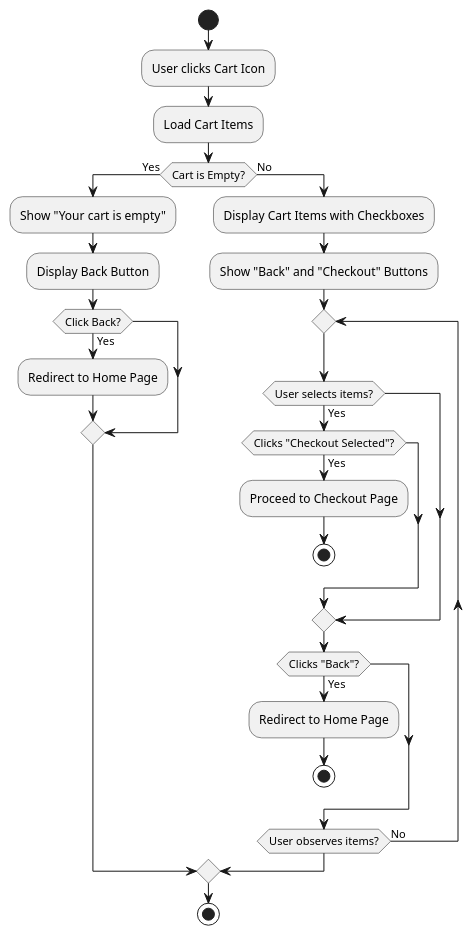
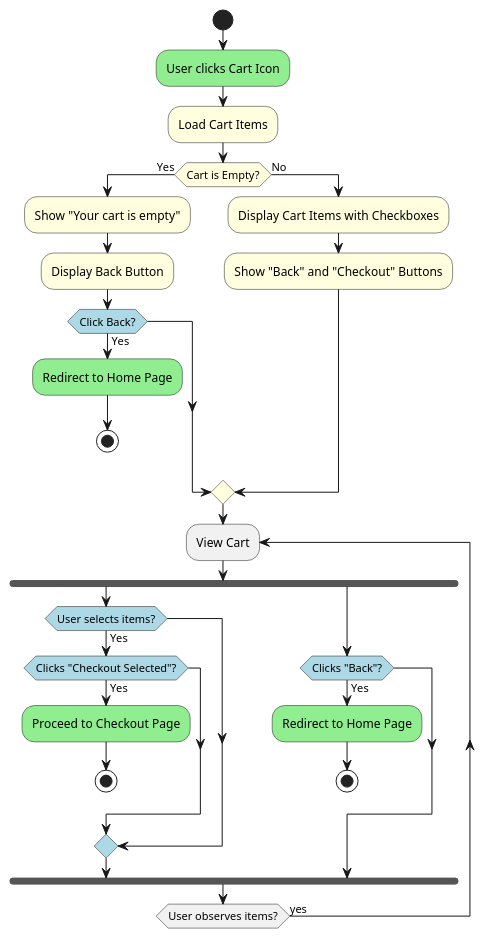
Before and after one commit to MuhannadYazbak/ecommerce: the diagram in src/components/cart/CartDiagram.puml, drawn with PlantUML. The commit also changed 13 other files, not shown here.

Commit message:
Activity PlantUML for all pages

```diff
--- a/src/components/cart/CartDiagram.puml
+++ b/src/components/cart/CartDiagram.puml
@@ -1,32 +1,33 @@
 @startuml CartDiagram
 start
-:User clicks Cart Icon;
-:Load Cart Items;
+#lightgreen:User clicks Cart Icon;
+#lightyellow:Load Cart Items;
 
-if (Cart is Empty?) then (Yes)
-    :Show "Your cart is empty";
-    :Display Back Button;
-    if (Click Back?) then (Yes)
-        :Redirect to Home Page;
+#lightyellow:if (Cart is Empty?) then (Yes)
+    #lightyellow:Show "Your cart is empty";
+    #lightyellow:Display Back Button;
+    #lightblue:if (Click Back?) then (Yes)
+        #lightgreen:Redirect to Home Page;
+        stop
     endif
 else (No)
-    :Display Cart Items with Checkboxes;
-    :Show "Back" and "Checkout" Buttons;
-    
-    repeat
-        if (User selects items?) then (Yes)
-            if (Clicks "Checkout Selected"?) then (Yes)
-                :Proceed to Checkout Page;
+    #lightyellow:Display Cart Items with Checkboxes;
+    #lightyellow:Show "Back" and "Checkout" Buttons;
+    endif
+    repeat :View Cart;
+        fork
+        #lightblue:if (User selects items?) then (Yes)
+            #lightblue:if (Clicks "Checkout Selected"?) then (Yes)
+                #lightgreen:Proceed to Checkout Page;
                 stop
             endif
         endif
-        
-        if (Clicks "Back"?) then (Yes)
-            :Redirect to Home Page;
+        fork again
+        #lightblue:if (Clicks "Back"?) then (Yes)
+            #lightgreen:Redirect to Home Page;
             stop
         endif
-    repeat while (User observes items?) is (No)
-endif
+        end fork
+    repeat while (User observes items?) is (yes)
 
-stop
 @enduml
```
